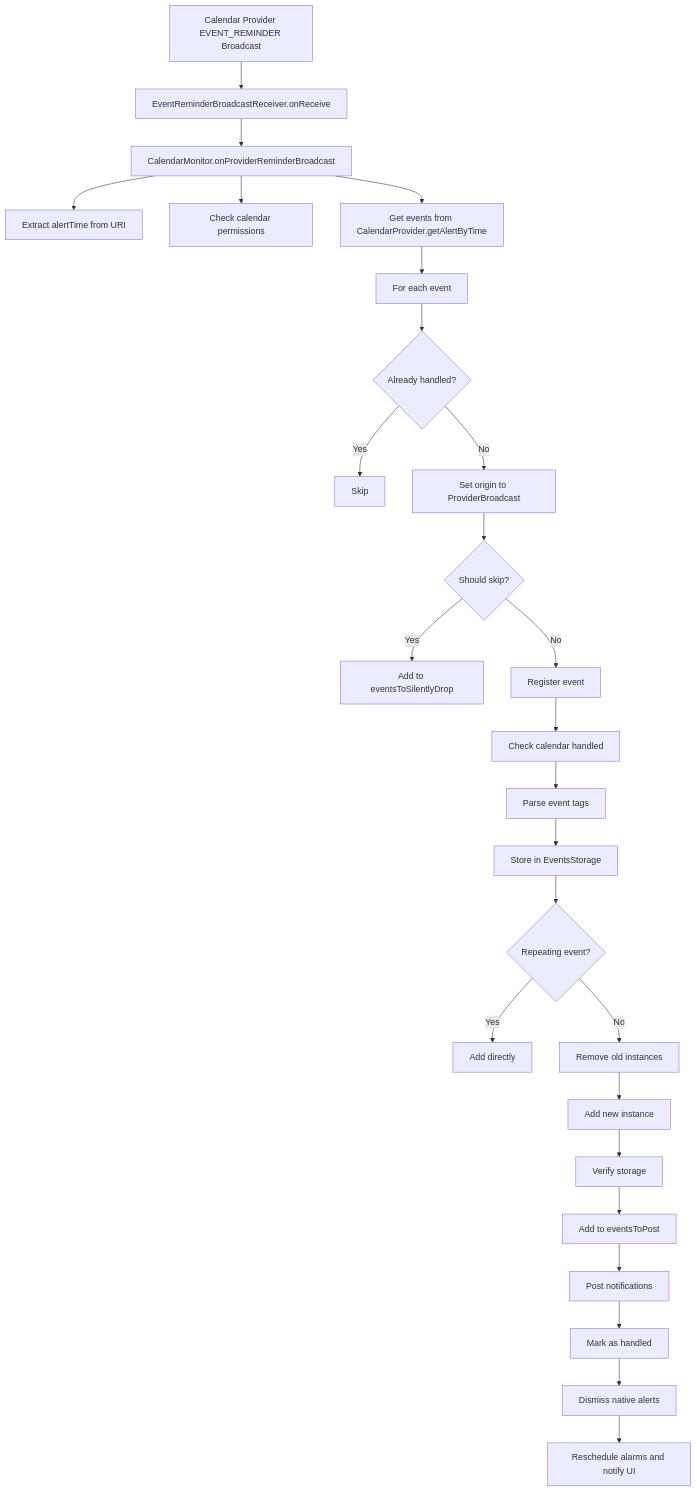
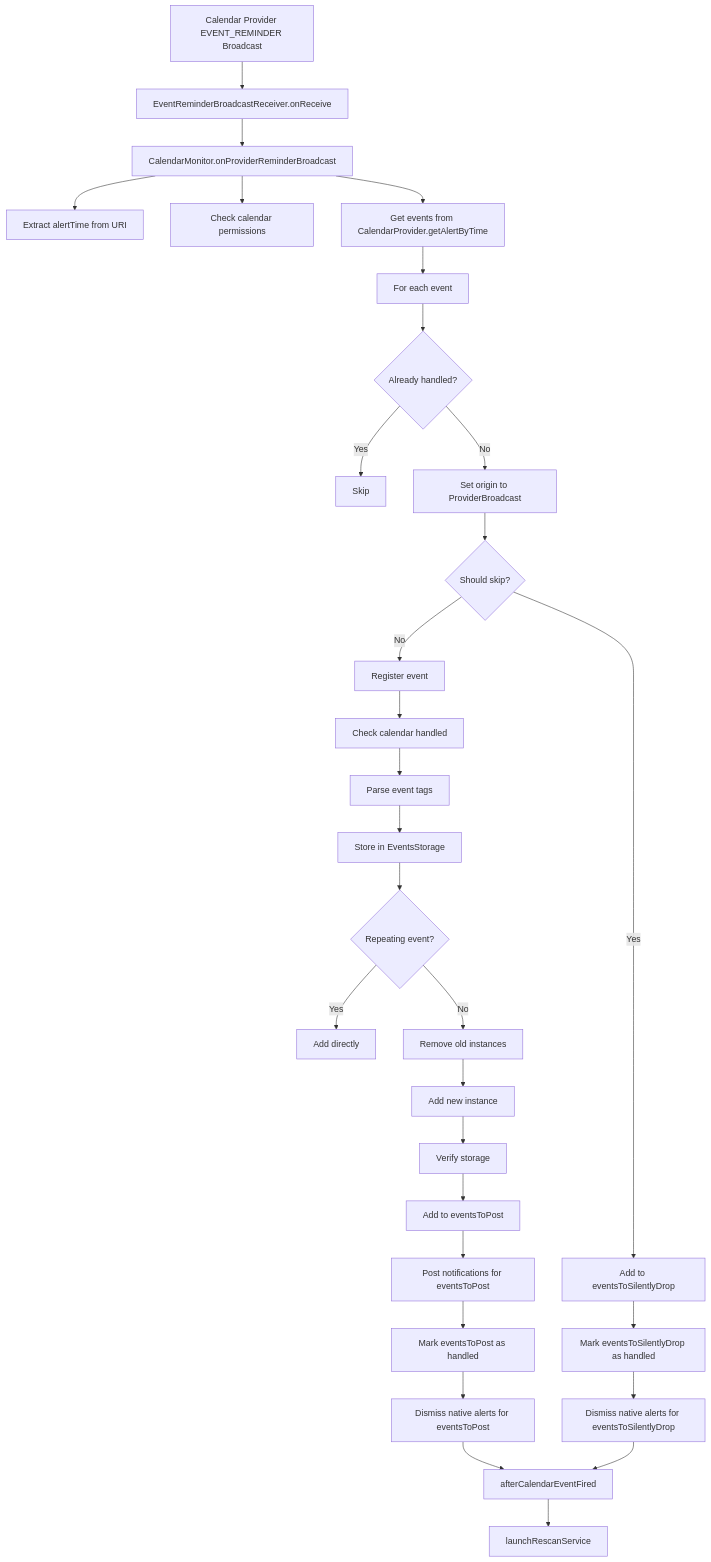
The first of 2 diagrams in docs/architecture/calendar_monitoring.md (williscool/CalendarNotification), drawn with Mermaid before and after one commit. The commit also changed other lines of this file and 6 other files, not shown here.

````diff
--- a/docs/architecture/calendar_monitoring.md
+++ b/docs/architecture/calendar_monitoring.md
@@ -54,35 +62,41 @@
-``` mermaid
+```mermaid
 flowchart TD
     A[Calendar Provider EVENT_REMINDER Broadcast] --> B[EventReminderBroadcastReceiver.onReceive]
     B --> C[CalendarMonitor.onProviderReminderBroadcast]
     
     C --> D[Extract alertTime from URI]
     C --> E[Check calendar permissions]
     C --> F[Get events from CalendarProvider.getAlertByTime]
     
     F --> G[For each event]
     G --> H{Already handled?}
     H -->|Yes| I[Skip]
     H -->|No| J[Set origin to ProviderBroadcast]
     
     J --> K{Should skip?}
     K -->|Yes| L[Add to eventsToSilentlyDrop]
     K -->|No| M[Register event]
     
     M --> N[Check calendar handled]
     N --> O[Parse event tags]
     O --> P[Store in EventsStorage]
     
     P --> Q{Repeating event?}
     Q -->|Yes| R[Add directly]
     Q -->|No| S[Remove old instances]
     S --> T[Add new instance]
     
     T --> U[Verify storage]
     U --> V[Add to eventsToPost]
     
-    V --> W[Post notifications]
-    W --> X[Mark as handled]
-    X --> Y[Dismiss native alerts]
-    Y --> Z[Reschedule alarms and notify UI]
+    V --> W[Post notifications for eventsToPost]
+    W --> X[Mark eventsToPost as handled]
+    X --> Y[Dismiss native alerts for eventsToPost]
+    
+    L --> X2[Mark eventsToSilentlyDrop as handled]
+    X2 --> Y2[Dismiss native alerts for eventsToSilentlyDrop]
+    
+    Y --> Z[afterCalendarEventFired]
+    Y2 --> Z
+    Z --> AA[launchRescanService]
 ```
````
